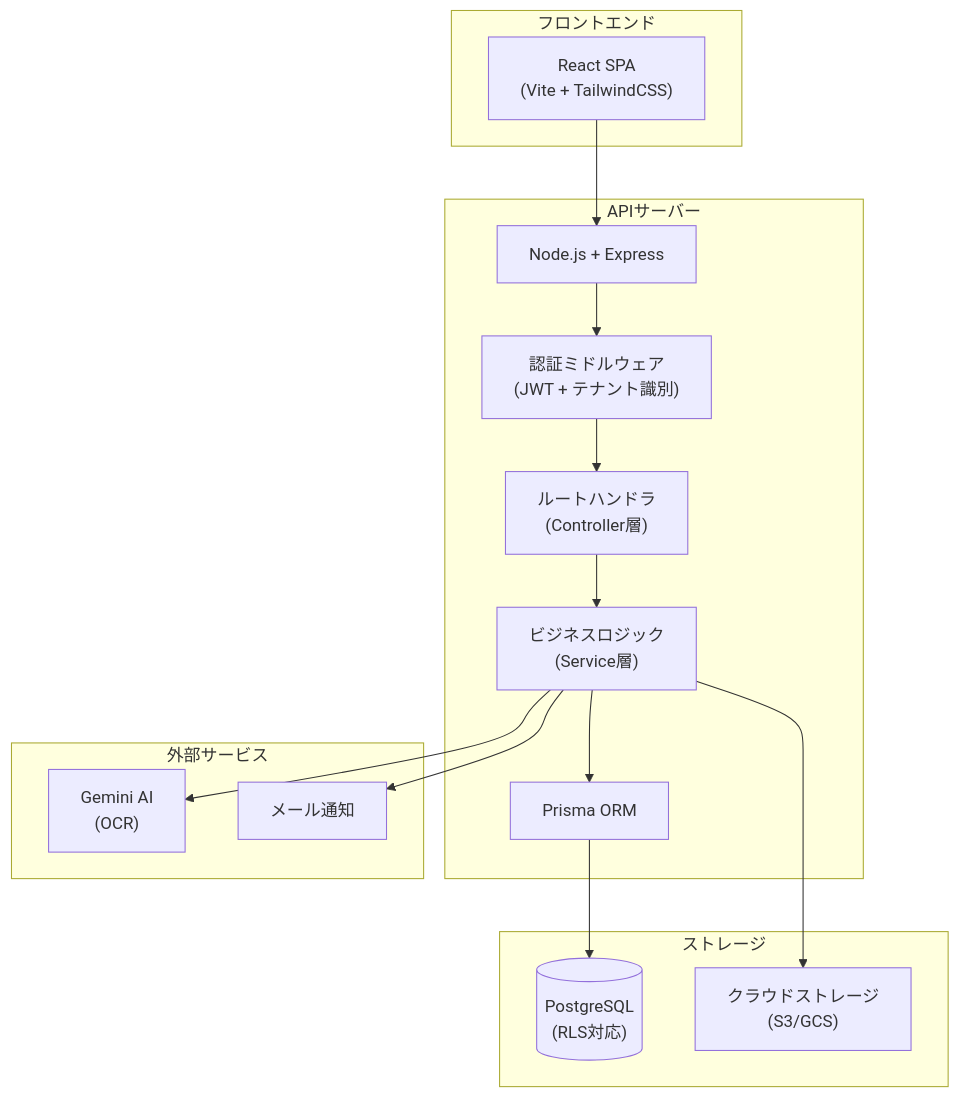
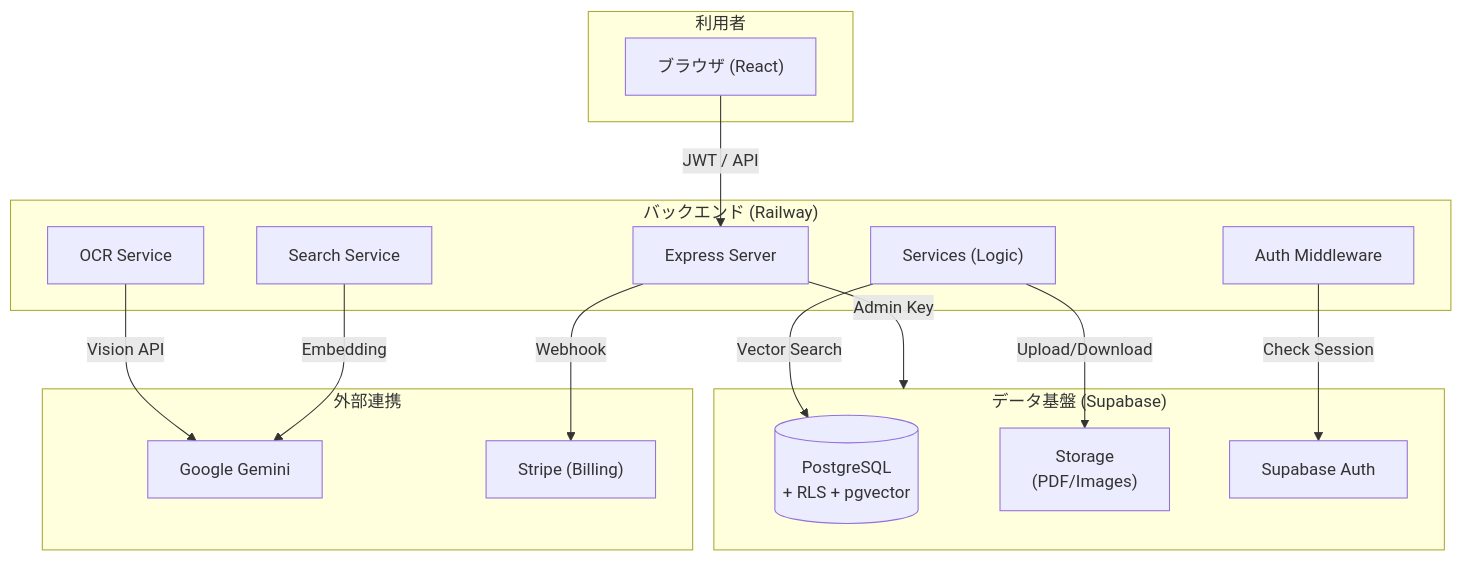
Before and after one commit to hiroshimasaki/aizumen-app: the diagram in docs/quotation_architecture_analysis.md, drawn with Mermaid. The commit also changed other lines of this file and 18 other files, not shown here.

````diff
--- a/docs/quotation_architecture_analysis.md
+++ b/docs/quotation_architecture_analysis.md
@@ -178,31 +23,34 @@
 ```mermaid
 graph TB
-    subgraph Client["フロントエンド"]
-        SPA["React SPA<br>(Vite + TailwindCSS)"]
+    subgraph Users["利用者"]
+        Browser["ブラウザ (React)"]
     end
 
-    subgraph API["APIサーバー"]
-        Express["Node.js + Express"]
-        Auth["認証ミドルウェア<br>(JWT + テナント識別)"]
-        Routes["ルートハンドラ<br>(Controller層)"]
-        Services["ビジネスロジック<br>(Service層)"]
-        ORM["Prisma ORM"]
+    subgraph Backend["バックエンド (Railway)"]
+        Express["Express Server"]
+        AuthM["Auth Middleware"]
+        Services["Services (Logic)"]
+        OCR["OCR Service"]
+        Search["Search Service"]
     end
 
-    subgraph Storage["ストレージ"]
-        PG[("PostgreSQL<br>(RLS対応)")]
-        S3["クラウドストレージ<br>(S3/GCS)"]
+    subgraph Datasource["データ基盤 (Supabase)"]
+        PG[("PostgreSQL<br>+ RLS + pgvector")]
+        Store["Storage<br>(PDF/Images)"]
+        SAuth["Supabase Auth"]
     end
 
-    subgraph External["外部サービス"]
-        Gemini["Gemini AI<br>(OCR)"]
-        Email["メール通知"]
+    subgraph External["外部連携"]
+        Gemini["Google Gemini"]
+        Stripe["Stripe (Billing)"]
     end
 
-    SPA --> Express
-    Express --> Auth --> Routes --> Services
-    Services --> ORM --> PG
-    Services --> S3
-    Services --> Gemini
-    Services --> Email
+    Browser -- "JWT / API" --> Express
+    Express -- "Admin Key" --> Datasource
+    AuthM -- "Check Session" --> SAuth
+    Services -- "Vector Search" --> PG
+    Services -- "Upload/Download" --> Store
+    OCR -- "Vision API" --> Gemini
+    Search -- "Embedding" --> Gemini
+    Express -- "Webhook" --> Stripe
 ```
````
